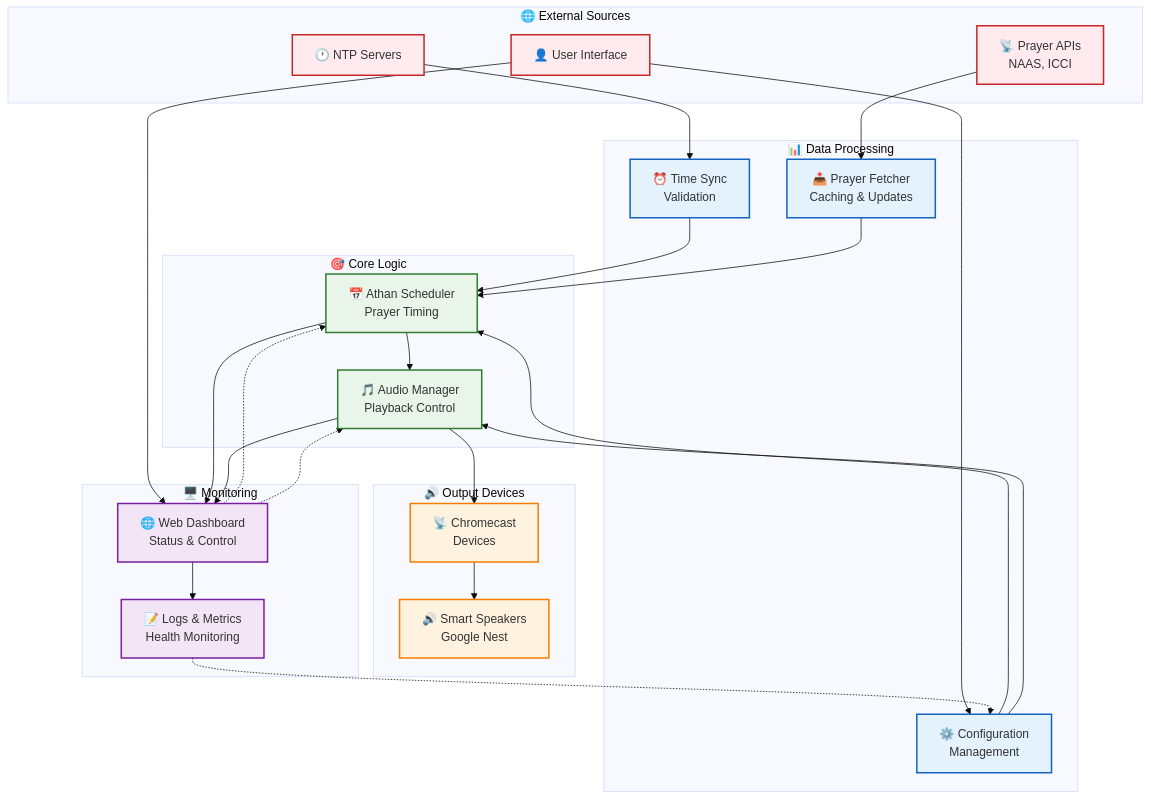
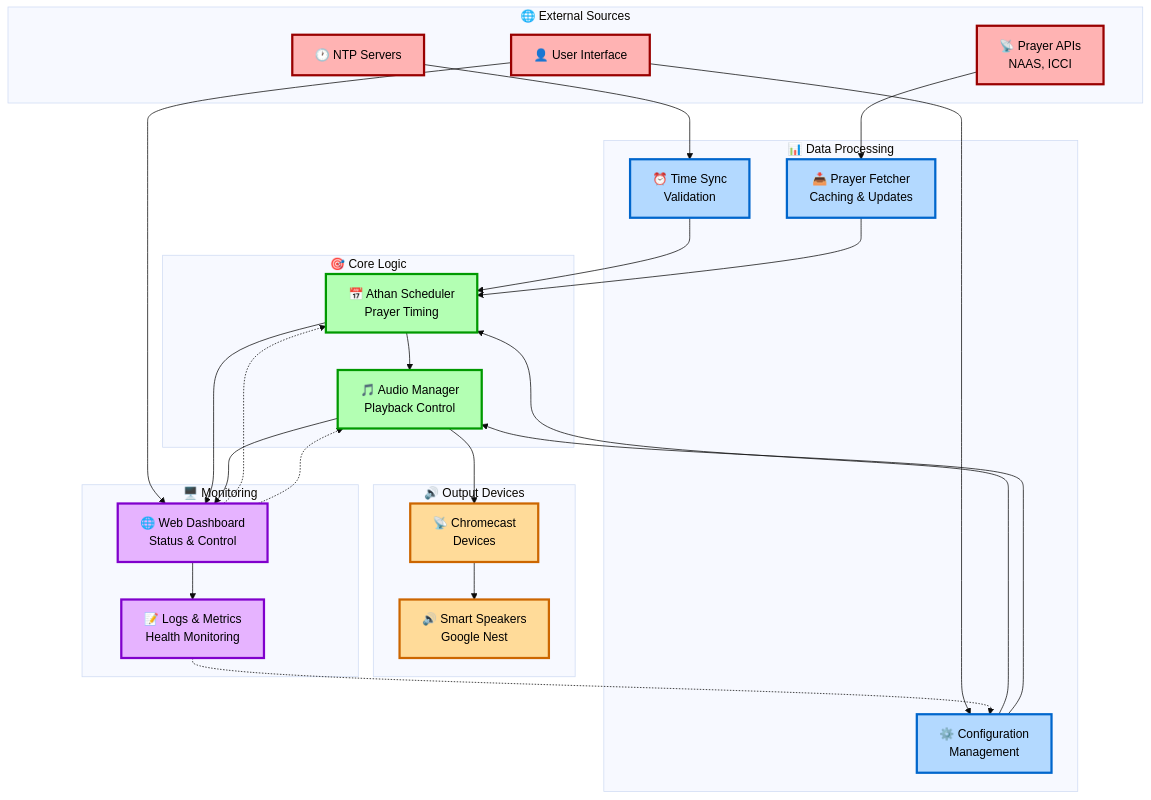
The third of 5 diagrams in ARCHITECTURE_MINDMAP.md (shenhab/Automated-Azan), drawn with Mermaid (base theme) before and after one commit. The commit also changed other lines of this file, not shown here.

````diff
--- a/ARCHITECTURE_MINDMAP.md
+++ b/ARCHITECTURE_MINDMAP.md
@@ -189,66 +189,66 @@
 ```mermaid
 flowchart TD
     subgraph "🌐 External Sources"
         NTP[🕐 NTP Servers]
         APIS[📡 Prayer APIs<br/>NAAS, ICCI]
         USER[👤 User Interface]
     end
 
     subgraph "📊 Data Processing"
         SYNC[⏰ Time Sync<br/>Validation]
         FETCH[📥 Prayer Fetcher<br/>Caching & Updates]
         CONFIG[⚙️ Configuration<br/>Management]
     end
 
     subgraph "🎯 Core Logic"
         SCHEDULER[📅 Athan Scheduler<br/>Prayer Timing]
         AUDIO[🎵 Audio Manager<br/>Playback Control]
     end
 
     subgraph "🔊 Output Devices"
         CHROME[📡 Chromecast<br/>Devices]
         SPEAKERS[🔊 Smart Speakers<br/>Google Nest]
     end
 
     subgraph "🖥️ Monitoring"
         WEB[🌐 Web Dashboard<br/>Status & Control]
         LOGS[📝 Logs & Metrics<br/>Health Monitoring]
     end
 
     %% Data flow connections
     NTP --> SYNC
     APIS --> FETCH
     USER --> CONFIG
     USER --> WEB
 
     SYNC --> SCHEDULER
     FETCH --> SCHEDULER
     CONFIG --> SCHEDULER
     CONFIG --> AUDIO
 
     SCHEDULER --> AUDIO
     AUDIO --> CHROME
     CHROME --> SPEAKERS
 
     SCHEDULER --> WEB
     AUDIO --> WEB
     WEB --> LOGS
 
     %% Feedback loops
     WEB -.-> SCHEDULER
     WEB -.-> AUDIO
     LOGS -.-> CONFIG
 
-    %% Styling
-    classDef external fill:#ffebee,stroke:#c62828,stroke-width:2px
-    classDef processing fill:#e3f2fd,stroke:#1565c0,stroke-width:2px
-    classDef core fill:#e8f5e8,stroke:#2e7d32,stroke-width:2px
-    classDef output fill:#fff3e0,stroke:#f57c00,stroke-width:2px
-    classDef monitoring fill:#f3e5f5,stroke:#7b1fa2,stroke-width:2px
+    %% Light/Dark mode compatible styling
+    classDef external fill:#ffb3b3,stroke:#990000,stroke-width:3px,color:#000000
+    classDef processing fill:#b3d9ff,stroke:#0066cc,stroke-width:3px,color:#000000
+    classDef core fill:#b3ffb3,stroke:#009900,stroke-width:3px,color:#000000
+    classDef output fill:#ffdb99,stroke:#cc6600,stroke-width:3px,color:#000000
+    classDef monitoring fill:#e6b3ff,stroke:#8000cc,stroke-width:3px,color:#000000
 
     class NTP,APIS,USER external
     class SYNC,FETCH,CONFIG processing
     class SCHEDULER,AUDIO core
     class CHROME,SPEAKERS output
     class WEB,LOGS monitoring
 ```
````
